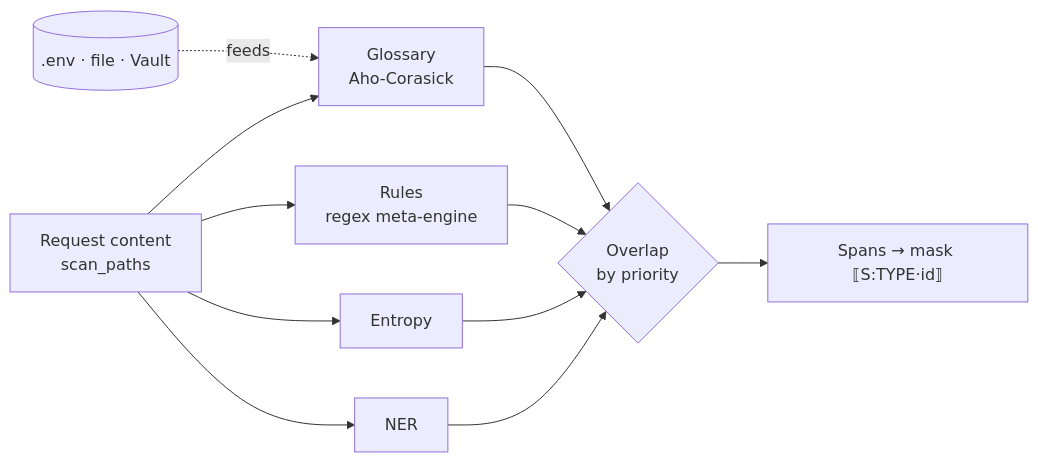
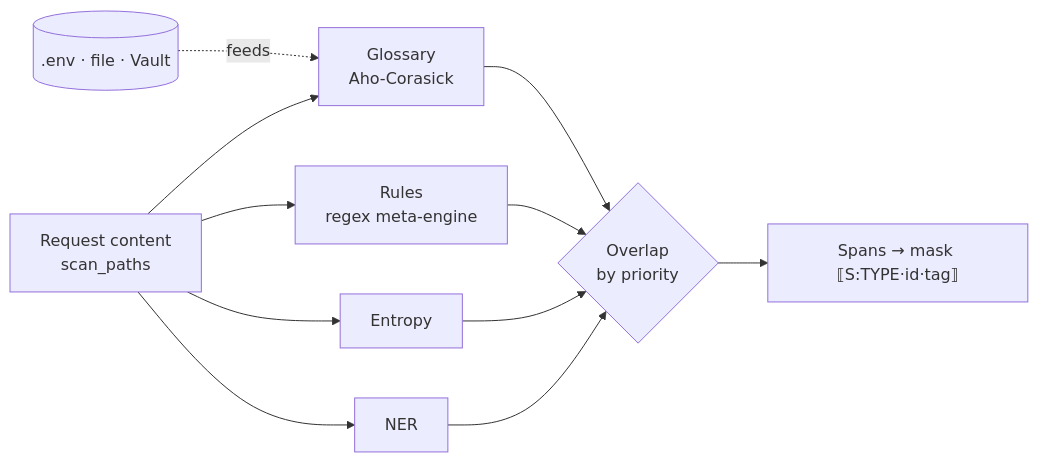
Before and after one commit to scrub-dev/source-code: the diagram in website/content/guides/rules.md, drawn with Mermaid. The commit also changed 22 other files, not shown here.

````diff
--- a/website/content/guides/rules.md
+++ b/website/content/guides/rules.md
@@ -19,13 +19,13 @@
 ```mermaid
 flowchart LR
     IN["Request content<br/>scan_paths"] --> G["Glossary<br/>Aho-Corasick"]
     IN --> RX["Rules<br/>regex meta-engine"]
     IN --> EN["Entropy"]
     IN --> NER["NER"]
     SRC[(".env · file · Vault")] -. feeds .-> G
     G --> OV{"Overlap<br/>by priority"}
     RX --> OV
     EN --> OV
     NER --> OV
-    OV --> SP["Spans → mask ⟦S:TYPE·id⟧"]
+    OV --> SP["Spans → mask ⟦S:TYPE·id·tag⟧"]
 ```
````
